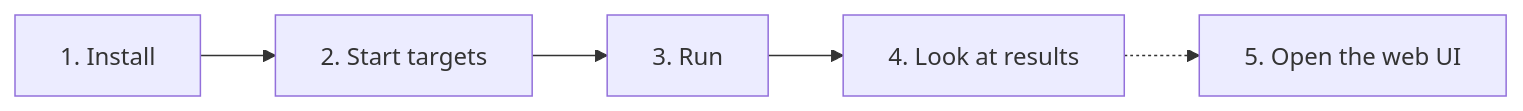
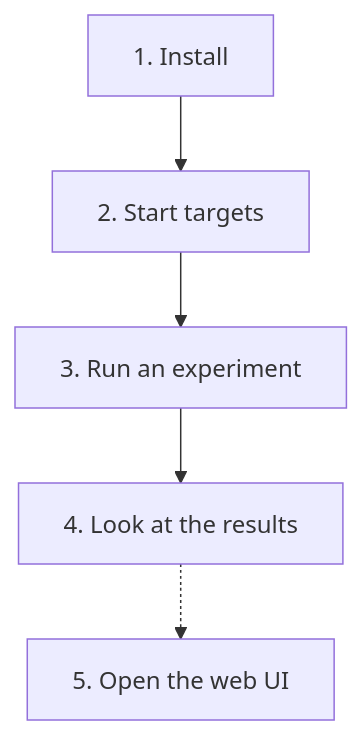
The diagram in docs/get-started/index.md (mwigge/tumult), drawn with Mermaid before and after one commit. The commit also changed other lines of this file and 10 other files, not shown here.

First line of the commit message:
docs(get-started): short pages for Get started and Concepts

````diff
--- a/docs/get-started/index.md
+++ b/docs/get-started/index.md
@@ -14,9 +14,9 @@
 ```mermaid
-flowchart LR
-    accTitle: Tumult quickstart path
-    accDescr: Install Tumult, start test targets, run an experiment, look at the results, then open the web UI to see scores and risks.
+flowchart TD
+    accTitle: The Get started path
+    accDescr: Install Tumult, start the test targets, run an experiment, look at the results, then open the web UI to see scores and risks.
     install[1. Install] --> targets[2. Start targets]
-    targets --> run[3. Run]
-    run --> look[4. Look at results]
+    targets --> run[3. Run an experiment]
+    run --> look[4. Look at the results]
     look -.-> ui[5. Open the web UI]
 ```
````
